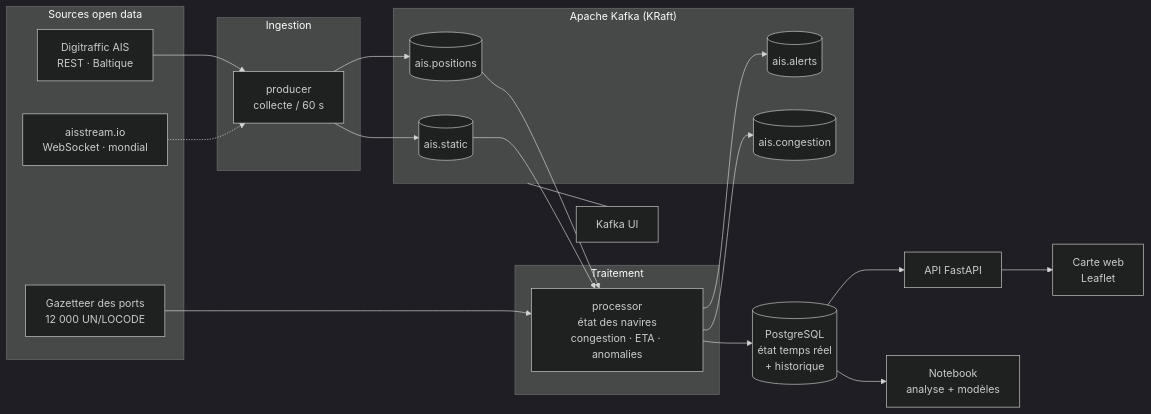
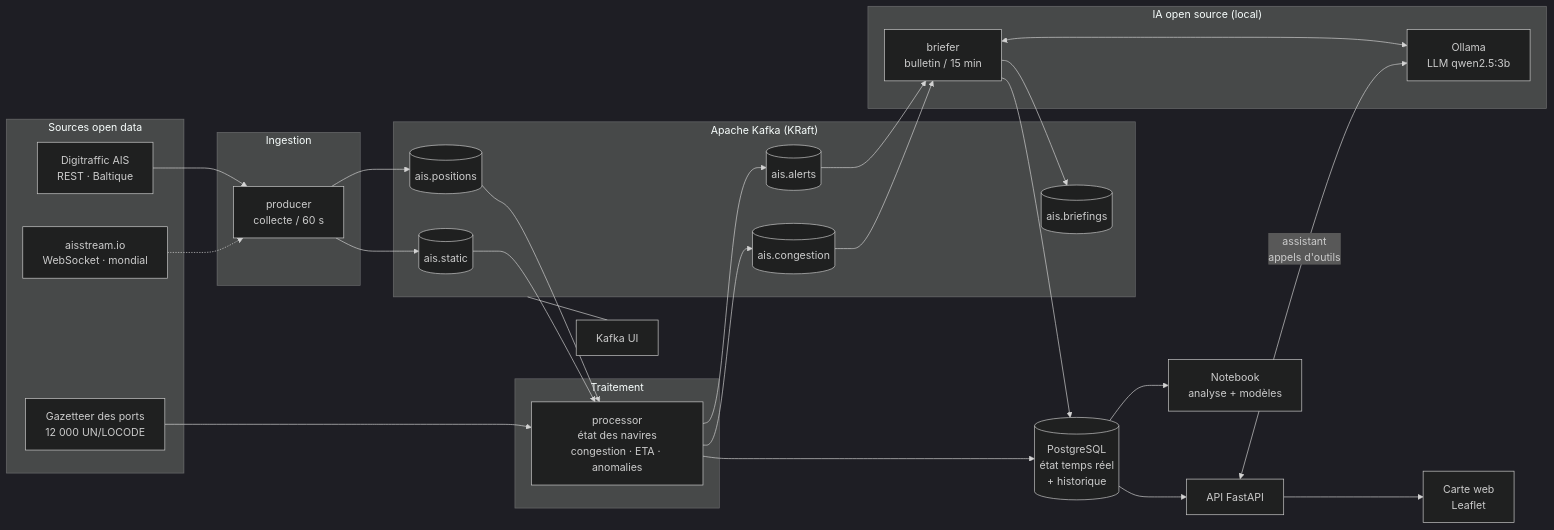
Before and after one commit to theoUniv/vigie-trafic-maritime: the diagram in README.md, drawn with Mermaid (dark theme). The commit also changed other lines of this file and 15 other files, not shown here.

First line of the commit message:
Ajout d'une IA générative open source : bulletin de situation et assistant

````diff
--- a/README.md
+++ b/README.md
@@ -33,40 +34,51 @@
 ```mermaid
 flowchart LR
     subgraph Sources["Sources open data"]
         DT["Digitraffic AIS<br/>REST · Baltique"]
         AS["aisstream.io<br/>WebSocket · mondial"]
         PT["Gazetteer des ports<br/>12 000 UN/LOCODE"]
     end
 
     subgraph Ingestion
         P["producer<br/>collecte / 60 s"]
     end
 
     subgraph Kafka["Apache Kafka (KRaft)"]
         T1[("ais.positions")]
         T2[("ais.static")]
         T3[("ais.alerts")]
         T4[("ais.congestion")]
+        T5[("ais.briefings")]
     end
 
     subgraph Traitement
         PR["processor<br/>état des navires<br/>congestion · ETA · anomalies"]
+    end
+
+    subgraph IA["IA open source (local)"]
+        BR["briefer<br/>bulletin / 15 min"]
+        OL["Ollama<br/>LLM qwen2.5:3b"]
     end
 
     DB[("PostgreSQL<br/>état temps réel<br/>+ historique")]
     API["API FastAPI"]
     WEB["Carte web<br/>Leaflet"]
     NB["Notebook<br/>analyse + modèles"]
     UI["Kafka UI"]
 
     DT --> P
     AS -.-> P
     P --> T1 & T2
     T1 & T2 --> PR
     PT --> PR
     PR --> T3 & T4
     PR --> DB
     DB --> API --> WEB
     DB --> NB
+    T3 & T4 --> BR
+    BR <--> OL
+    BR --> T5
+    BR --> DB
+    API <-->|"assistant<br/>appels d'outils"| OL
     Kafka --- UI
 ```
````
